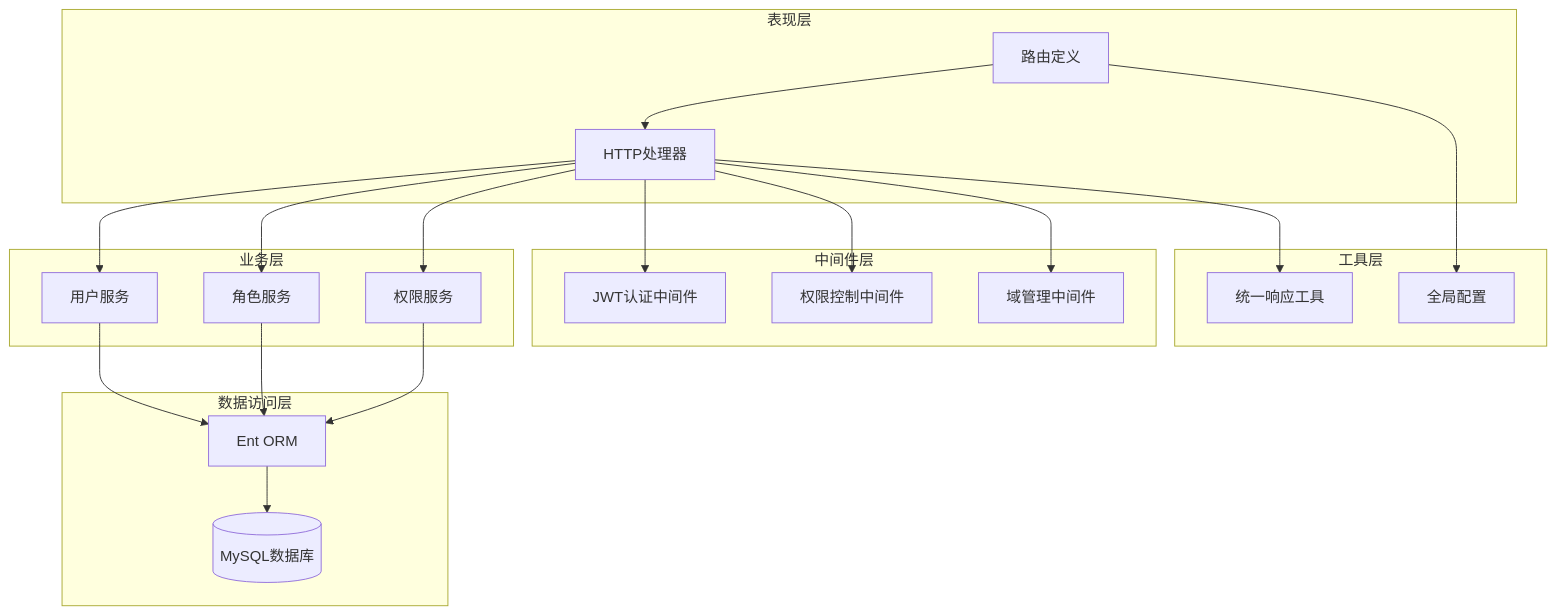
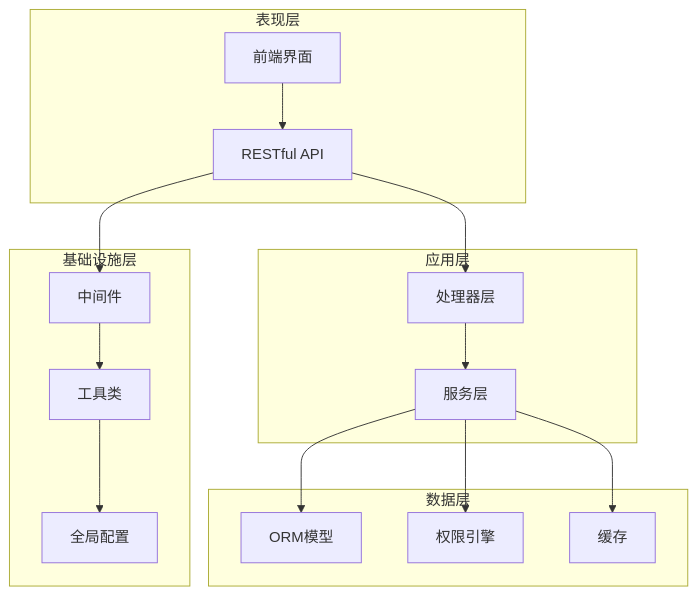
The first of 6 diagrams in .qoder/repowiki/zh/content/API接口文档/API接口文档.md (wuwuseo/e-sports-go-admin), drawn with Mermaid before and after one commit. The commit also changed other lines of this file and 141 other files, not shown here.

````diff
--- a/.qoder/repowiki/zh/content/API接口文档/API接口文档.md
+++ b/.qoder/repowiki/zh/content/API接口文档/API接口文档.md
@@ -46,38 +50,30 @@
 ```mermaid
 graph TB
 subgraph "表现层"
-Router[路由定义]
-Handler[HTTP处理器]
+UI[前端界面]
+API[RESTful API]
 end
-subgraph "业务层"
-UserService[用户服务]
-RoleService[角色服务]
-PermissionService[权限服务]
+subgraph "应用层"
+Handler[处理器层]
+Service[服务层]
 end
-subgraph "数据访问层"
-EntORM[Ent ORM]
-Database[(MySQL数据库)]
+subgraph "基础设施层"
+Middleware[中间件]
+Utils[工具类]
+Global[全局配置]
 end
-subgraph "中间件层"
-JWTMiddleware[JWT认证中间件]
-PermissionMiddleware[权限控制中间件]
-DomainMiddleware[域管理中间件]
+subgraph "数据层"
+Ent[ORM模型]
+Casbin[权限引擎]
+Cache[缓存]
 end
-subgraph "工具层"
-ResponseUtils[统一响应工具]
-GlobalConfig[全局配置]
-end
-Router --> Handler
-Handler --> UserService
-Handler --> RoleService
-Handler --> PermissionService
-UserService --> EntORM
-RoleService --> EntORM
-PermissionService --> EntORM
-EntORM --> Database
-Handler --> JWTMiddleware
-Handler --> PermissionMiddleware
-Handler --> DomainMiddleware
-Handler --> ResponseUtils
-Router --> GlobalConfig
+UI --> API
+API --> Handler
+Handler --> Service
+Service --> Ent
+Service --> Casbin
+Service --> Cache
+API --> Middleware
+Middleware --> Utils
+Utils --> Global
 ```
````
